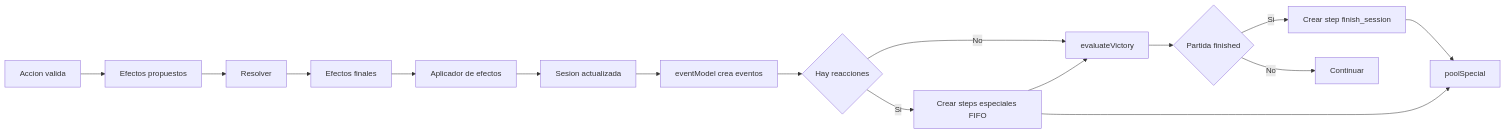
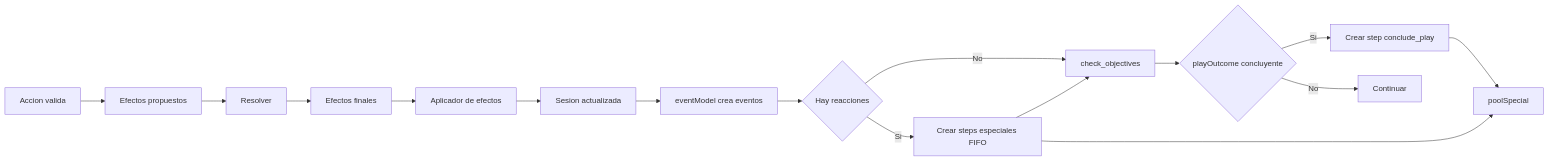
The eighth of 14 diagrams in docs/engine_flow_map.md (juanramonmorandeira/castronegro-director), drawn with Mermaid before and after one commit. The commit also changed other lines of this file and 28 other files, not shown here.

````diff
--- a/docs/engine_flow_map.md
+++ b/docs/engine_flow_map.md
@@ -354,18 +354,18 @@
 ```mermaid
 graph LR
   A[Accion valida] --> B[Efectos propuestos]
   B --> C[Resolver]
   C --> D[Efectos finales]
   D --> E[Aplicador de efectos]
   E --> F[Sesion actualizada]
   F --> G[eventModel crea eventos]
   G --> H{Hay reacciones}
   H -->|Si| I[Crear steps especiales FIFO]
-  H -->|No| J[evaluateVictory]
+  H -->|No| J[check_objectives]
   I --> J
-  J --> K{Partida finished}
-  K -->|Si| L[Crear step finish_session]
+  J --> K{playOutcome concluyente}
+  K -->|Si| L[Crear step conclude_play]
   K -->|No| M[Continuar]
   L --> N[poolSpecial]
   I --> N
 ```
````
